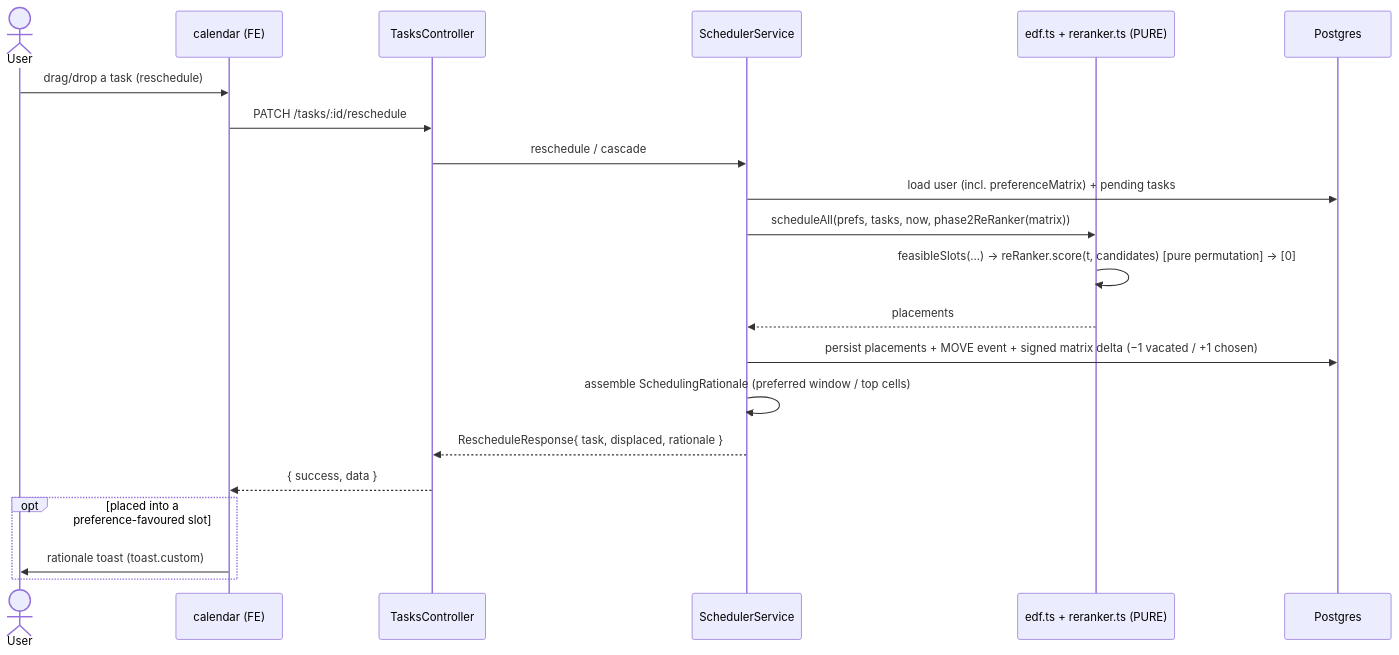
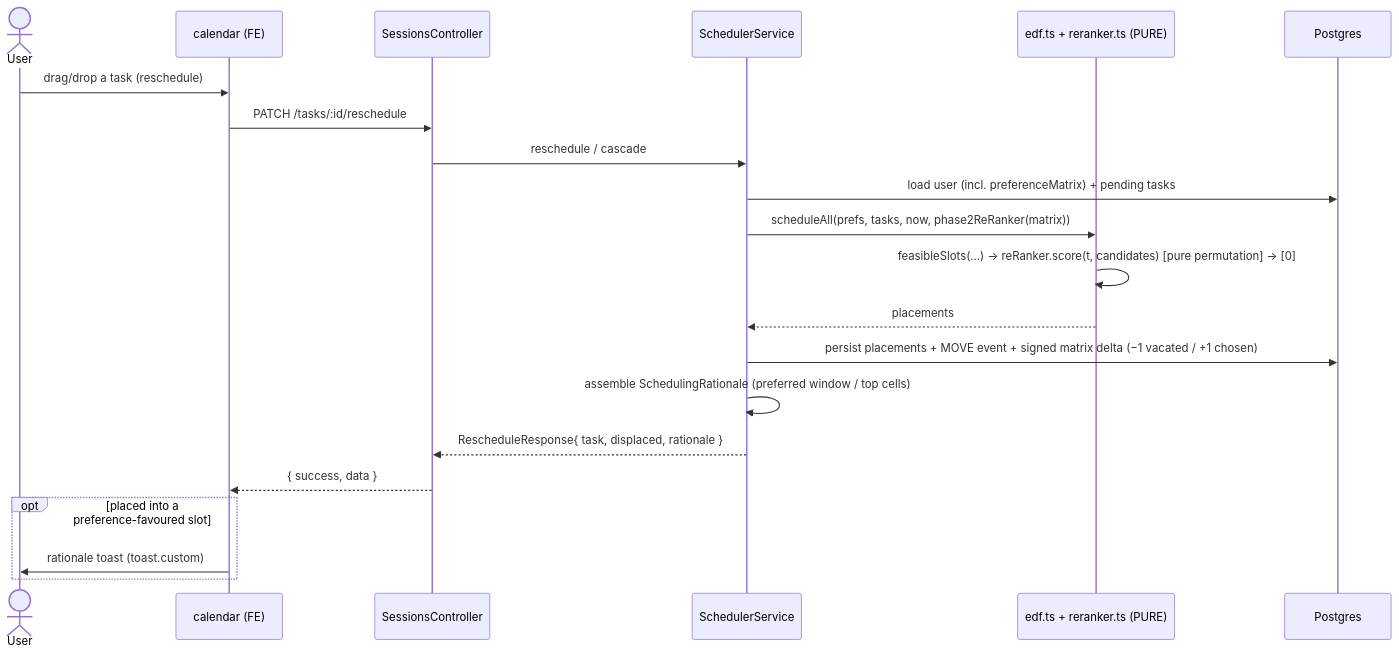
The fourth of 5 diagrams in docs/adr/0001-phase-2-scheduling-heuristic-and-transparency-ui.md (tryzenflow/zenflow), drawn with Mermaid before and after one commit. The commit also changed other lines of this file and 197 other files, not shown here.

````diff
--- a/docs/adr/0001-phase-2-scheduling-heuristic-and-transparency-ui.md
+++ b/docs/adr/0001-phase-2-scheduling-heuristic-and-transparency-ui.md
@@ -640,24 +643,24 @@
 ```mermaid
 sequenceDiagram
   actor U as User
   participant FE as calendar (FE)
-  participant API as TasksController
+  participant API as SessionsController
   participant SVC as SchedulerService
   participant CORE as edf.ts + reranker.ts (PURE)
   participant DB as Postgres
 
   U->>FE: drag/drop a task (reschedule)
   FE->>API: PATCH /tasks/:id/reschedule
   API->>SVC: reschedule / cascade
   SVC->>DB: load user (incl. preferenceMatrix) + pending tasks
   SVC->>CORE: scheduleAll(prefs, tasks, now, phase2ReRanker(matrix))
   CORE->>CORE: feasibleSlots(...) → reRanker.score(t, candidates) [pure permutation] → [0]
   CORE-->>SVC: placements
   SVC->>DB: persist placements + MOVE event + signed matrix delta (−1 vacated / +1 chosen)
   SVC->>SVC: assemble SchedulingRationale (preferred window / top cells)
   SVC-->>API: RescheduleResponse{ task, displaced, rationale }
   API-->>FE: { success, data }
   opt placed into a preference-favoured slot
     FE->>U: rationale toast (toast.custom)
   end
 ```
````
